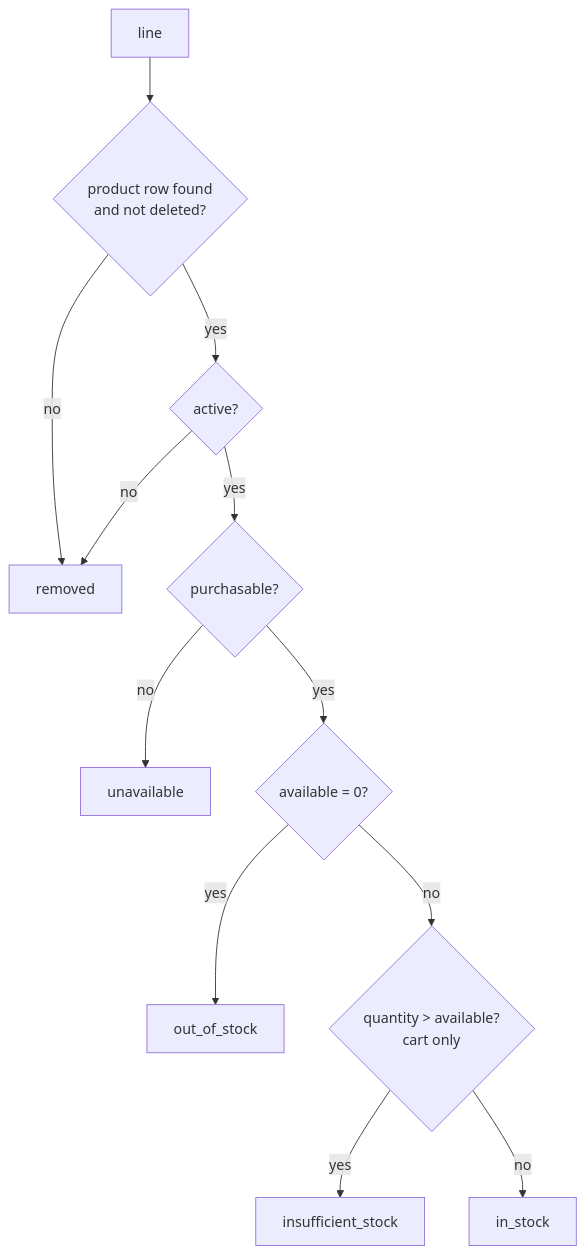
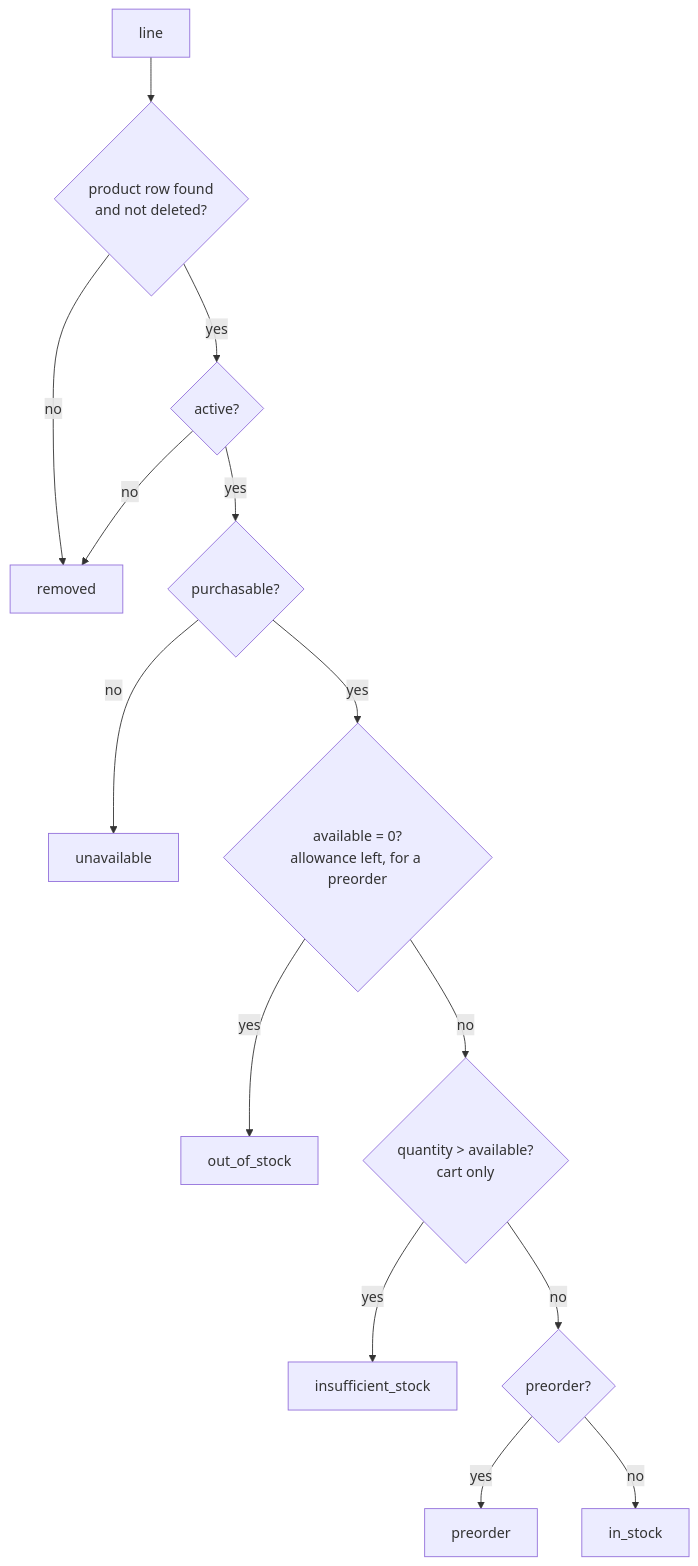
The second of 4 diagrams in docs/modules/cart.md (Guebbit/boilerplate-node-backend), drawn with Mermaid before and after one commit. The commit also changed other lines of this file and 19 other files, not shown here.

First line of the commit message:
feat(cart): sell a preorder against its allowance, and freeze the promise on the order line

````diff
--- a/docs/modules/cart.md
+++ b/docs/modules/cart.md
@@ -129,14 +138,16 @@
 ```mermaid
 flowchart TD
     A[line] --> B{product row found<br/>and not deleted?}
     B -- no --> R[removed]
     B -- yes --> C{active?}
     C -- no --> R
     C -- yes --> D{purchasable?}
     D -- no --> U[unavailable]
-    D -- yes --> E{available = 0?}
+    D -- yes --> E{available = 0?<br/>allowance left, for a preorder}
     E -- yes --> O[out_of_stock]
     E -- no --> F{quantity > available?<br/>cart only}
     F -- yes --> I[insufficient_stock]
-    F -- no --> S[in_stock]
+    F -- no --> P{preorder?}
+    P -- yes --> PO[preorder]
+    P -- no --> S[in_stock]
 ```
````
